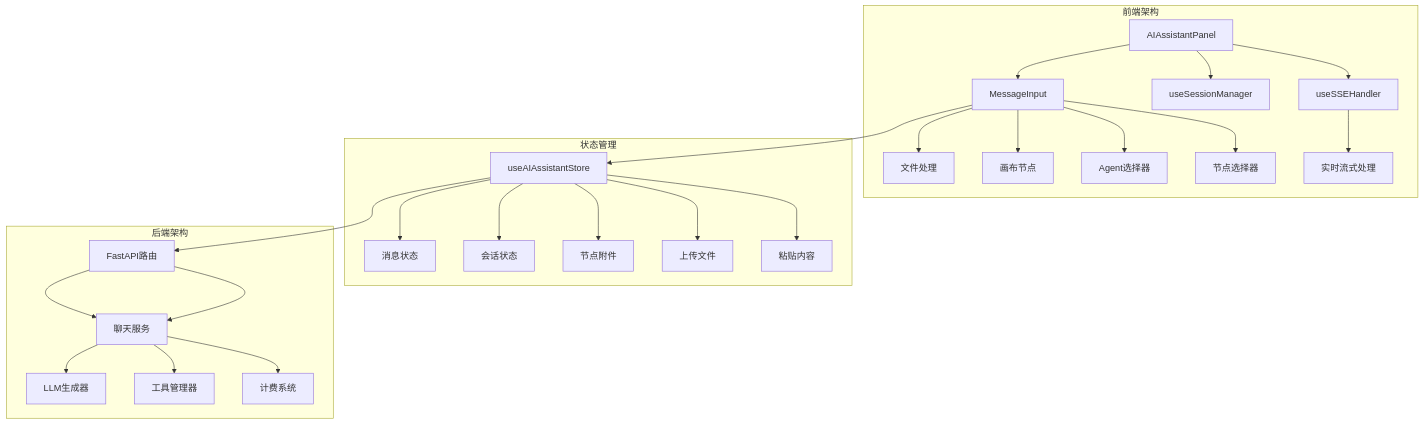
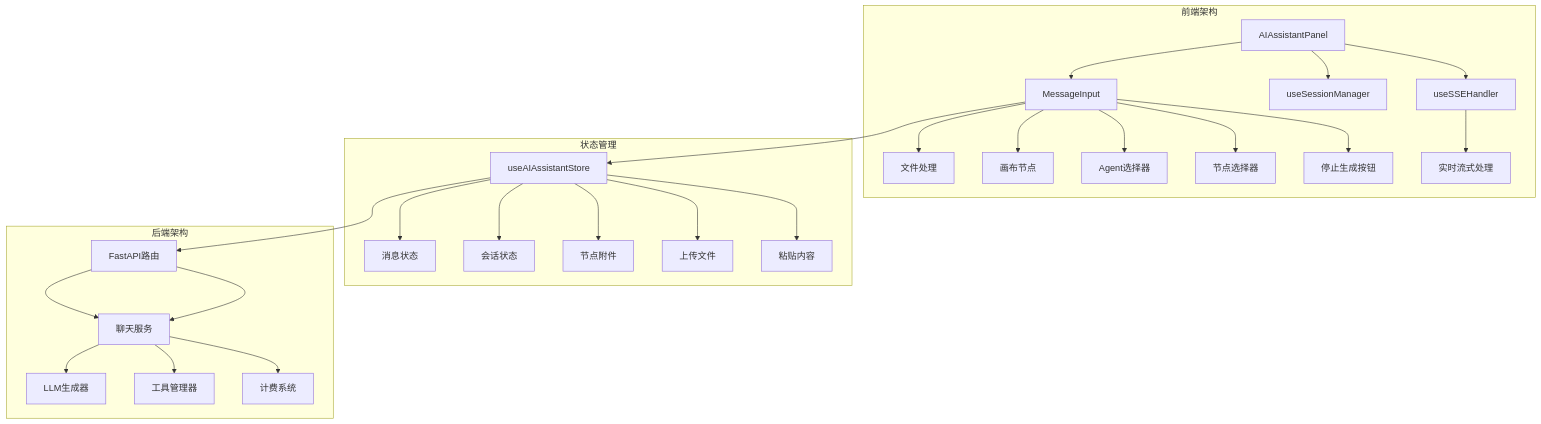
One commit to KunLabAI/KunFlix changed the first of 13 diagrams in .qoder/repowiki/zh/content/前端组件系统/AI助手组件/输入组件/增强的消息输入组件.md. Above: the diagram before and after it, drawn with Mermaid. The commit also changed other lines of this file and 15 other files, not shown here.

````diff
--- a/.qoder/repowiki/zh/content/前端组件系统/AI助手组件/输入组件/增强的消息输入组件.md
+++ b/.qoder/repowiki/zh/content/前端组件系统/AI助手组件/输入组件/增强的消息输入组件.md
@@ -51,29 +55,30 @@
 ```mermaid
 graph TB
 subgraph "前端架构"
 A[AIAssistantPanel] --> B[MessageInput]
 A --> C[useSessionManager]
 A --> D[useSSEHandler]
 B --> E[文件处理]
 B --> F[画布节点]
 B --> G[Agent选择器]
 B --> H[节点选择器]
-D --> I[实时流式处理]
+B --> I[停止生成按钮]
+D --> J[实时流式处理]
 end
 subgraph "状态管理"
-J[useAIAssistantStore] --> K[消息状态]
-J --> L[会话状态]
-J --> M[节点附件]
-J --> N[上传文件]
-J --> O[粘贴内容]
+K[useAIAssistantStore] --> L[消息状态]
+K --> M[会话状态]
+K --> N[节点附件]
+K --> O[上传文件]
+K --> P[粘贴内容]
 end
 subgraph "后端架构"
-P[FastAPI路由] --> Q[聊天服务]
-Q --> R[LLM生成器]
-Q --> S[工具管理器]
-Q --> T[计费系统]
+Q[FastAPI路由] --> R[聊天服务]
+R --> S[LLM生成器]
+R --> T[工具管理器]
+R --> U[计费系统]
 end
-B --> J
-J --> P
-P --> Q
+B --> K
+K --> Q
+Q --> R
 ```
````
